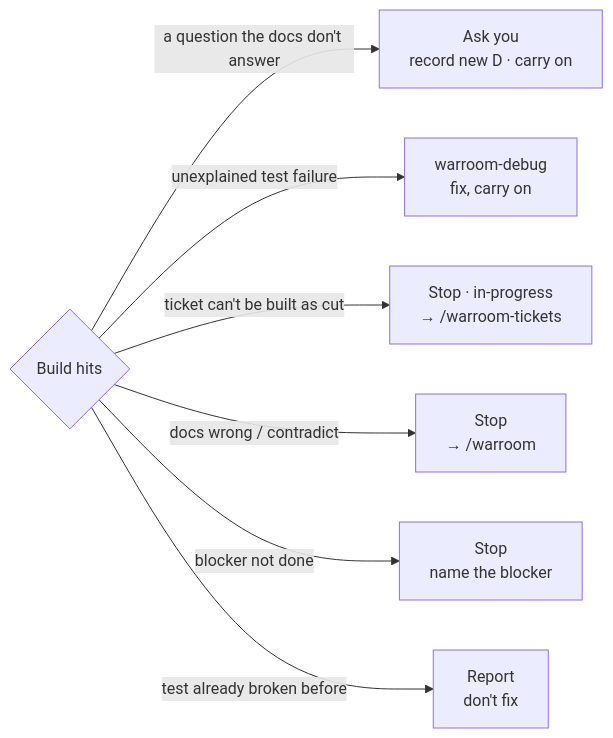
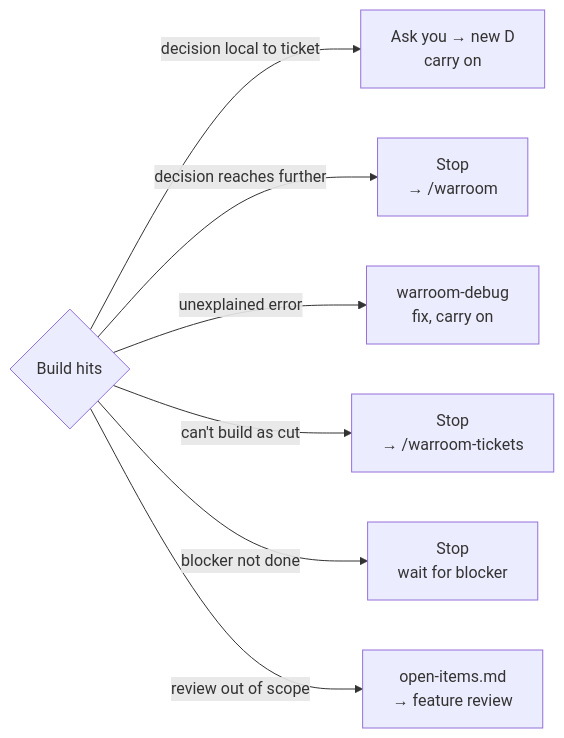
Before and after one commit to mousemouse094526/kiki-kit: the sixth of 9 diagrams in docs/flow.md, drawn with Mermaid. The commit also changed other lines of this file and 6 other files, not shown here.

First line of the commit message:
feat(warroom): open-items.md tracks unfinished work; build splits local and wide decisions

````diff
--- a/docs/flow.md
+++ b/docs/flow.md
@@ -211,17 +211,17 @@
 ```mermaid
 flowchart LR
     X{"Build hits"}
-    Q["Ask you<br/>record new D · carry on"]
-    D["warroom-debug<br/>fix, carry on"]
-    S["Stop · in-progress<br/>→ /warroom-tickets"]
-    W["Stop<br/>→ /warroom"]
-    BL["Stop<br/>name the blocker"]
-    R["Report<br/>don't fix"]
+    L["Ask you → new D<br/>carry on"]
+    WD["Stop<br/>→ /warroom"]
+    DB["warroom-debug<br/>fix, carry on"]
+    RC["Stop<br/>→ /warroom-tickets"]
+    BL["Stop<br/>wait for blocker"]
+    OI["open-items.md<br/>→ feature review"]
 
-    X -->|a question the docs don't answer| Q
-    X -->|unexplained test failure| D
-    X -->|ticket can't be built as cut| S
-    X -->|docs wrong / contradict| W
+    X -->|decision local to ticket| L
+    X -->|decision reaches further| WD
+    X -->|unexplained error| DB
+    X -->|can't build as cut| RC
     X -->|blocker not done| BL
-    X -->|test already broken before| R
+    X -->|review out of scope| OI
 ```
````
